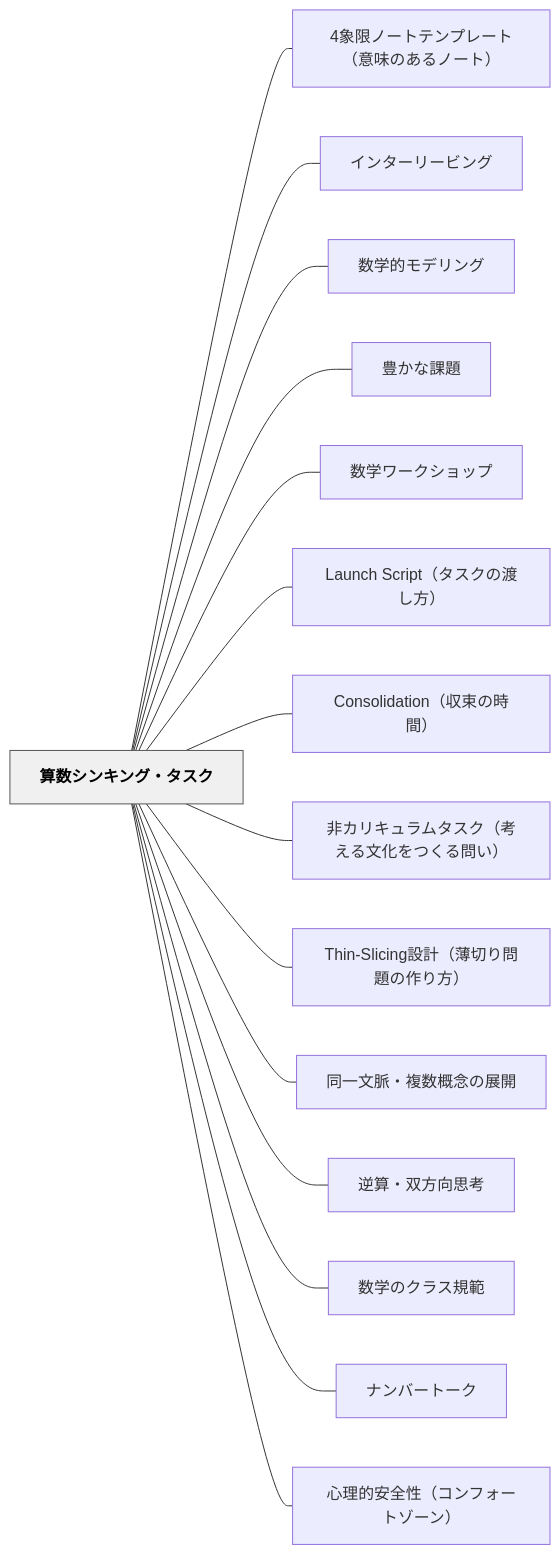
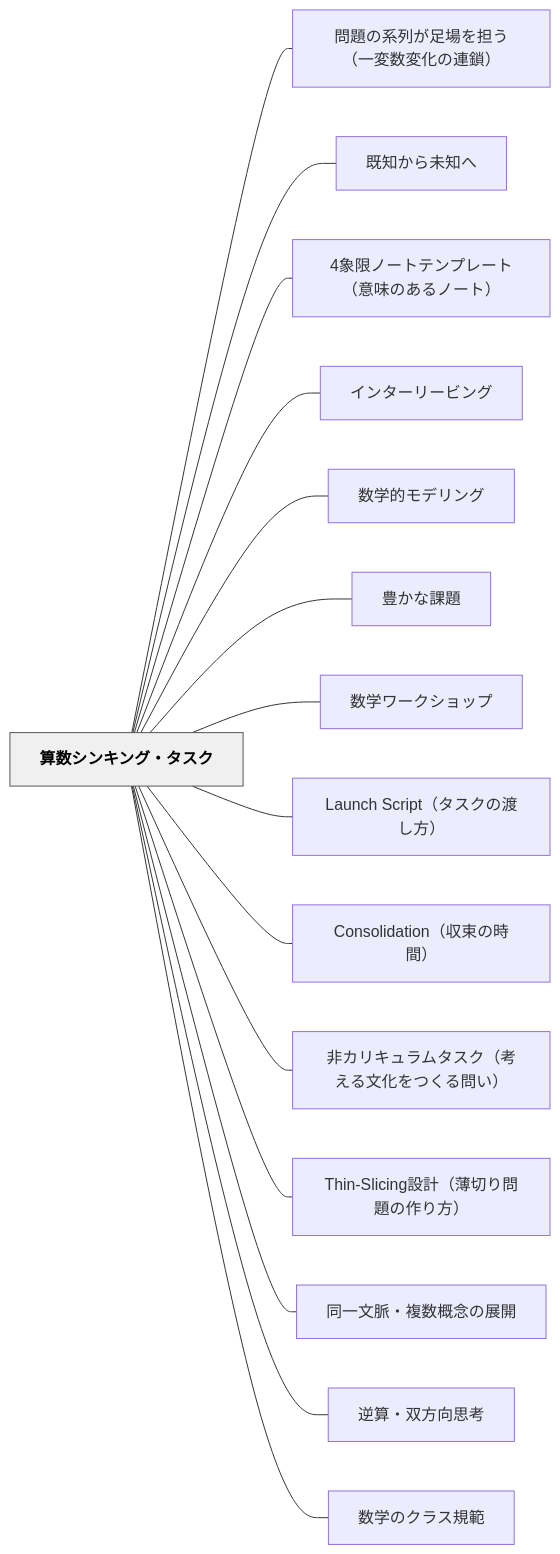
Before and after one commit to unknownthings-ed-patterns/unknownthings-ed-patterns: the diagram in content/パタン/算数シンキング・タスク.md, drawn with Mermaid. The commit also changed other lines of this file and 3 other files, not shown here.

````diff
--- a/content/パタン/算数シンキング・タスク.md
+++ b/content/パタン/算数シンキング・タスク.md
@@ -167,36 +169,36 @@
 ```mermaid
 flowchart LR
     ne7ae97e695b0e382b7e383b3e382ade383b3e382b0e383bbe382bfe382b9e382af["算数シンキング・タスク"]
+    ne5958fe9a18ce381aee7b3bbe58897e3818ce8b6b3e5a0b4e38292e68b85e38186efbc88e4b880e5a489e695b0e5a489e58c96e381aee980a3e98e96efbc89["問題の系列が足場を担う（一変数変化の連鎖）"]
+    ne697a2e79fa5e3818be38289e69caae79fa5e381b8["既知から未知へ"]
     n34e8b1a1e99990e3838ee383bce38388e38386e383b3e38397e383ace383bce38388efbc88e6848fe591b3e381aee38182e3828be3838ee383bce38388efbc89["4象限ノートテンプレート（意味のあるノート）"]
     ne382a4e383b3e382bfe383bce383aae383bce38393e383b3e382b0["インターリービング"]
     ne695b0e5ada6e79a84e383a2e38387e383aae383b3e382b0["数学的モデリング"]
     ne8b18ae3818be381aae8aab2e9a18c["豊かな課題"]
     ne695b0e5ada6e383afe383bce382afe382b7e383a7e38383e38397["数学ワークショップ"]
     n4c61756e636820536372697074efbc88e382bfe382b9e382afe381aee6b8a1e38197e696b9efbc89["Launch Script（タスクの渡し方）"]
     n436f6e736f6c69646174696f6eefbc88e58f8ee69d9fe381aee69982e99693efbc89["Consolidation（収束の時間）"]
     ne99d9ee382abe383aae382ade383a5e383a9e383a0e382bfe382b9e382afefbc88e88083e38188e3828be69687e58c96e38292e381a4e3818fe3828be5958fe38184efbc89["非カリキュラムタスク（考える文化をつくる問い）"]
     n5468696e2d536c6963696e67e8a8ade8a888efbc88e89684e58887e3828ae5958fe9a18ce381aee4bd9ce3828ae696b9efbc89["Thin-Slicing設計（薄切り問題の作り方）"]
     ne5908ce4b880e69687e88488e383bbe8a487e695b0e6a682e5bfb5e381aee5b195e9968b["同一文脈・複数概念の展開"]
     ne98086e7ae97e383bbe58f8ce696b9e59091e6809de88083["逆算・双方向思考"]
     ne695b0e5ada6e381aee382afe383a9e382b9e8a68fe7af84["数学のクラス規範"]
-    ne3838ae383b3e38390e383bce38388e383bce382af["ナンバートーク"]
-    ne5bf83e79086e79a84e5ae89e585a8e680a7efbc88e382b3e383b3e38395e382a9e383bce38388e382bee383bce383b3efbc89["心理的安全性（コンフォートゾーン）"]
 
+    ne7ae97e695b0e382b7e383b3e382ade383b3e382b0e383bbe382bfe382b9e382af --- ne5958fe9a18ce381aee7b3bbe58897e3818ce8b6b3e5a0b4e38292e68b85e38186efbc88e4b880e5a489e695b0e5a489e58c96e381aee980a3e98e96efbc89
+    ne7ae97e695b0e382b7e383b3e382ade383b3e382b0e383bbe382bfe382b9e382af --- ne697a2e79fa5e3818be38289e69caae79fa5e381b8
     ne7ae97e695b0e382b7e383b3e382ade383b3e382b0e383bbe382bfe382b9e382af --- n34e8b1a1e99990e3838ee383bce38388e38386e383b3e38397e383ace383bce38388efbc88e6848fe591b3e381aee38182e3828be3838ee383bce38388efbc89
     ne7ae97e695b0e382b7e383b3e382ade383b3e382b0e383bbe382bfe382b9e382af --- ne382a4e383b3e382bfe383bce383aae383bce38393e383b3e382b0
     ne7ae97e695b0e382b7e383b3e382ade383b3e382b0e383bbe382bfe382b9e382af --- ne695b0e5ada6e79a84e383a2e38387e383aae383b3e382b0
     ne7ae97e695b0e382b7e383b3e382ade383b3e382b0e383bbe382bfe382b9e382af --- ne8b18ae3818be381aae8aab2e9a18c
     ne7ae97e695b0e382b7e383b3e382ade383b3e382b0e383bbe382bfe382b9e382af --- ne695b0e5ada6e383afe383bce382afe382b7e383a7e38383e38397
     ne7ae97e695b0e382b7e383b3e382ade383b3e382b0e383bbe382bfe382b9e382af --- n4c61756e636820536372697074efbc88e382bfe382b9e382afe381aee6b8a1e38197e696b9efbc89
     ne7ae97e695b0e382b7e383b3e382ade383b3e382b0e383bbe382bfe382b9e382af --- n436f6e736f6c69646174696f6eefbc88e58f8ee69d9fe381aee69982e99693efbc89
     ne7ae97e695b0e382b7e383b3e382ade383b3e382b0e383bbe382bfe382b9e382af --- ne99d9ee382abe383aae382ade383a5e383a9e383a0e382bfe382b9e382afefbc88e88083e38188e3828be69687e58c96e38292e381a4e3818fe3828be5958fe38184efbc89
     ne7ae97e695b0e382b7e383b3e382ade383b3e382b0e383bbe382bfe382b9e382af --- n5468696e2d536c6963696e67e8a8ade8a888efbc88e89684e58887e3828ae5958fe9a18ce381aee4bd9ce3828ae696b9efbc89
     ne7ae97e695b0e382b7e383b3e382ade383b3e382b0e383bbe382bfe382b9e382af --- ne5908ce4b880e69687e88488e383bbe8a487e695b0e6a682e5bfb5e381aee5b195e9968b
     ne7ae97e695b0e382b7e383b3e382ade383b3e382b0e383bbe382bfe382b9e382af --- ne98086e7ae97e383bbe58f8ce696b9e59091e6809de88083
     ne7ae97e695b0e382b7e383b3e382ade383b3e382b0e383bbe382bfe382b9e382af --- ne695b0e5ada6e381aee382afe383a9e382b9e8a68fe7af84
-    ne7ae97e695b0e382b7e383b3e382ade383b3e382b0e383bbe382bfe382b9e382af --- ne3838ae383b3e38390e383bce38388e383bce382af
-    ne7ae97e695b0e382b7e383b3e382ade383b3e382b0e383bbe382bfe382b9e382af --- ne5bf83e79086e79a84e5ae89e585a8e680a7efbc88e382b3e383b3e38395e382a9e383bce38388e382bee383bce383b3efbc89
 
     classDef hub fill:#f0f0f0,stroke:#555,color:#000,font-weight:bold
     class ne7ae97e695b0e382b7e383b3e382ade383b3e382b0e383bbe382bfe382b9e382af hub
 ```
````
